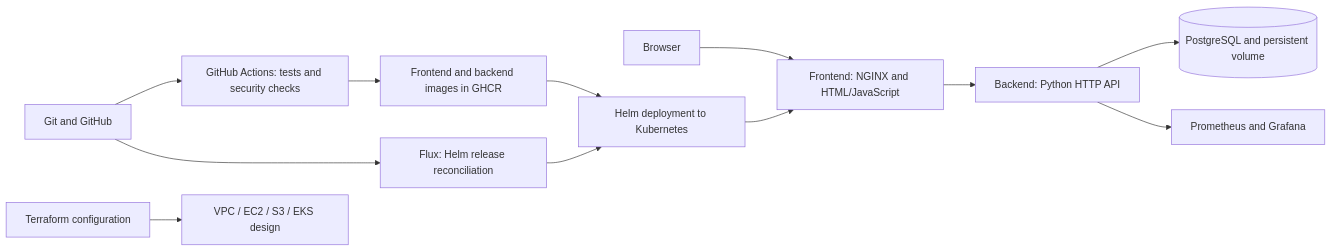
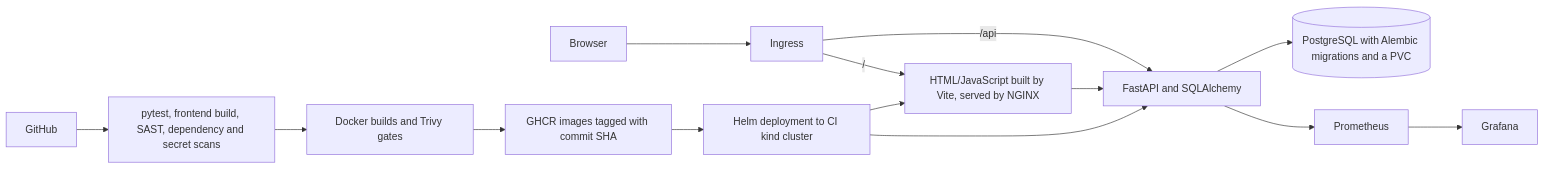
Before and after one commit to rajasurya-rjs/devops-heros: the diagram in final-devops-project/README.md, drawn with Mermaid. The commit also changed other lines of this file and 71 other files, not shown here.

Commit message:
Complete FastAPI capstone with migrations and verified local checks

````diff
--- a/final-devops-project/README.md
+++ b/final-devops-project/README.md
@@ -18,14 +17,15 @@
 ```mermaid
 flowchart LR
-  Browser[Browser] --> Frontend[Frontend: NGINX and HTML/JavaScript]
-  Frontend --> Backend[Backend: Python HTTP API]
-  Backend --> Database[(PostgreSQL and persistent volume)]
-  Git[Git and GitHub] --> CI[GitHub Actions: tests and security checks]
-  CI --> Images[Frontend and backend images in GHCR]
-  Images --> Helm[Helm deployment to Kubernetes]
+  Browser --> Ingress
+  Ingress -->|/| Frontend[HTML/JavaScript built by Vite, served by NGINX]
+  Ingress -->|/api| Backend[FastAPI and SQLAlchemy]
+  Frontend --> Backend
+  Backend --> PostgreSQL[(PostgreSQL with Alembic migrations and a PVC)]
+  GitHub --> Tests[pytest, frontend build, SAST, dependency and secret scans]
+  Tests --> Images[Docker builds and Trivy gates]
+  Images --> GHCR[GHCR images tagged with commit SHA]
+  GHCR --> Helm[Helm deployment to CI kind cluster]
   Helm --> Frontend
-  Backend --> Monitoring[Prometheus and Grafana]
-  Git --> Flux[Flux: Helm release reconciliation]
-  Flux --> Helm
-  Terraform[Terraform configuration] --> Cloud[VPC / EC2 / S3 / EKS design]
+  Helm --> Backend
+  Backend --> Prometheus --> Grafana
 ```
````
